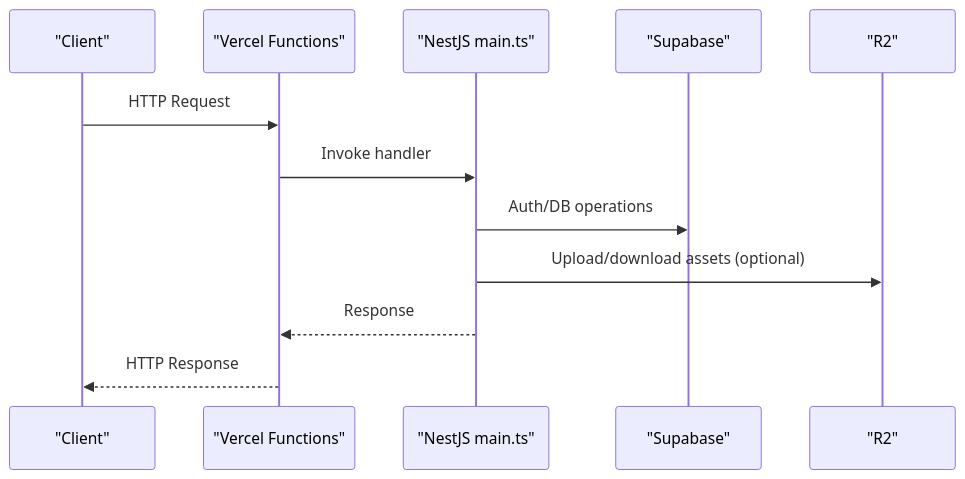
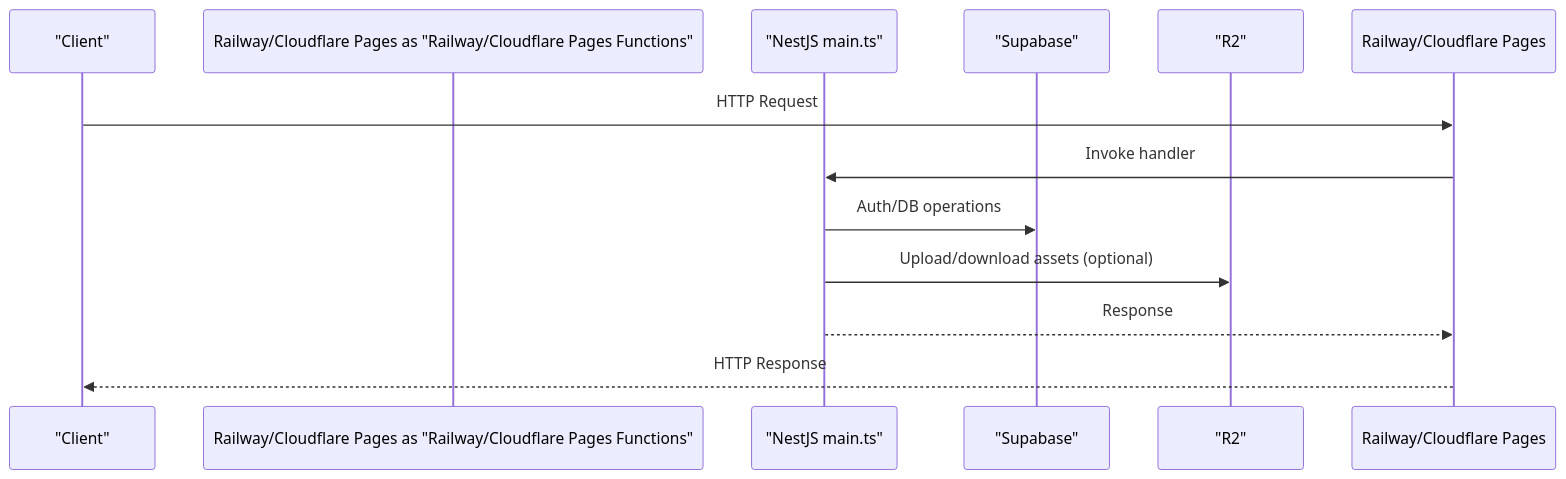
Before and after one commit to ARUNTHOMAS3/trans: the fourth of 7 diagrams in repowiki/en/content/Deployment & DevOps/Deployment Strategies.md, drawn with Mermaid. The commit also changed other lines of this file and 1490 other files, not shown here.

````diff
--- a/repowiki/en/content/Deployment & DevOps/Deployment Strategies.md
+++ b/repowiki/en/content/Deployment & DevOps/Deployment Strategies.md
@@ -168,14 +168,14 @@
 ```mermaid
 sequenceDiagram
 participant Client as "Client"
-participant Vercel as "Vercel Functions"
+participant Railway/Cloudflare Pages as "Railway/Cloudflare Pages Functions"
 participant Nest as "NestJS main.ts"
 participant Supabase as "Supabase"
 participant R2 as "R2"
-Client->>Vercel : HTTP Request
-Vercel->>Nest : Invoke handler
+Client->>Railway/Cloudflare Pages : HTTP Request
+Railway/Cloudflare Pages->>Nest : Invoke handler
 Nest->>Supabase : Auth/DB operations
 Nest->>R2 : Upload/download assets (optional)
-Nest-->>Vercel : Response
-Vercel-->>Client : HTTP Response
+Nest-->>Railway/Cloudflare Pages : Response
+Railway/Cloudflare Pages-->>Client : HTTP Response
 ```
````
